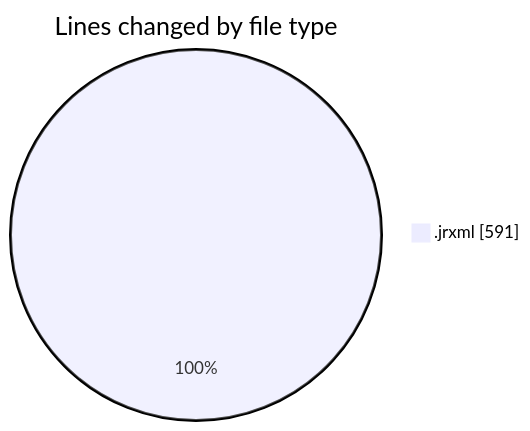
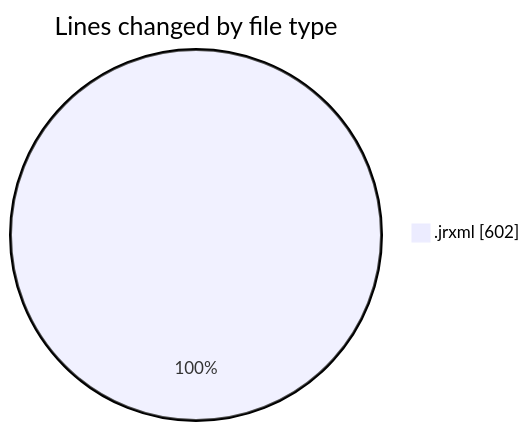
One commit to ricardozamudiocil/code-tracking changed the first of 2 diagrams in 2026-04-28/cilreports__workspace_/README.md. Above: the diagram before and after it, drawn with Mermaid. The commit also changed other lines of this file and 1 other file, not shown here.

````diff
--- a/2026-04-28/cilreports__workspace_/README.md
+++ b/2026-04-28/cilreports__workspace_/README.md
@@ -20,5 +20,5 @@
 ```mermaid
 pie showData
 title Lines changed by file type
-".jrxml" : 591
+".jrxml" : 602
 ```
````
